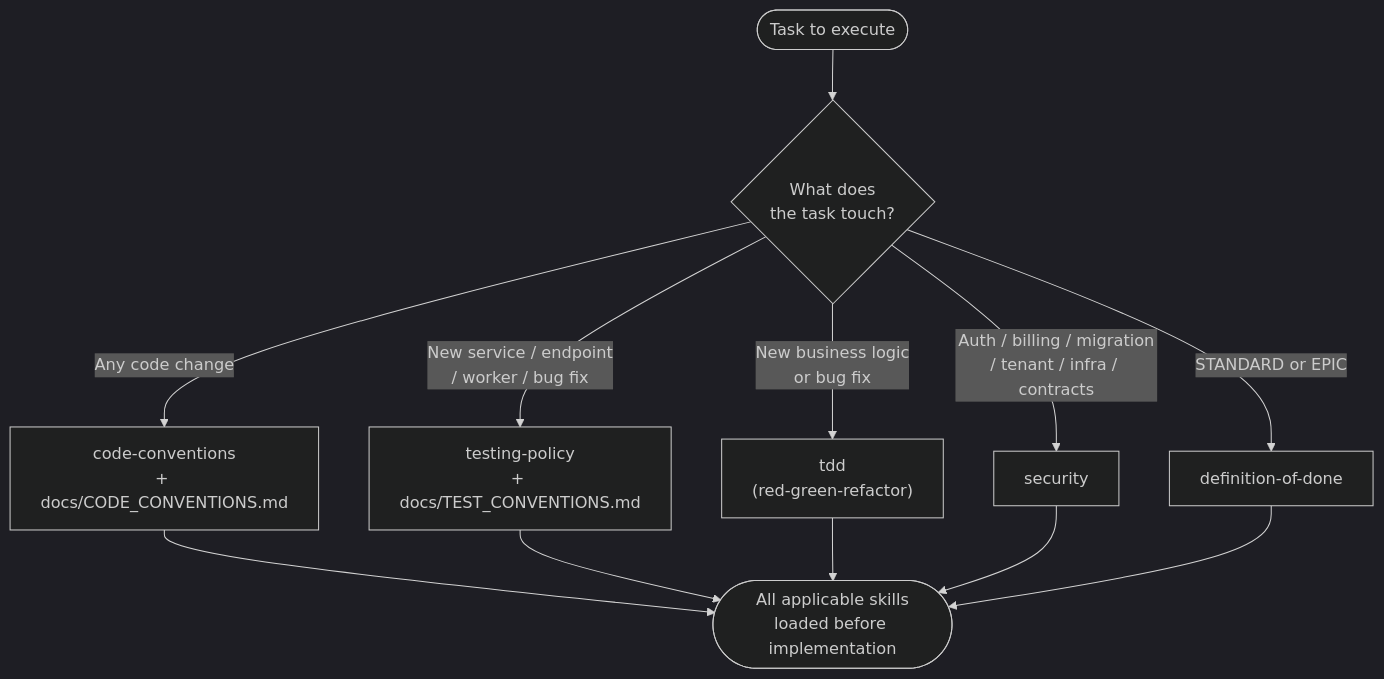
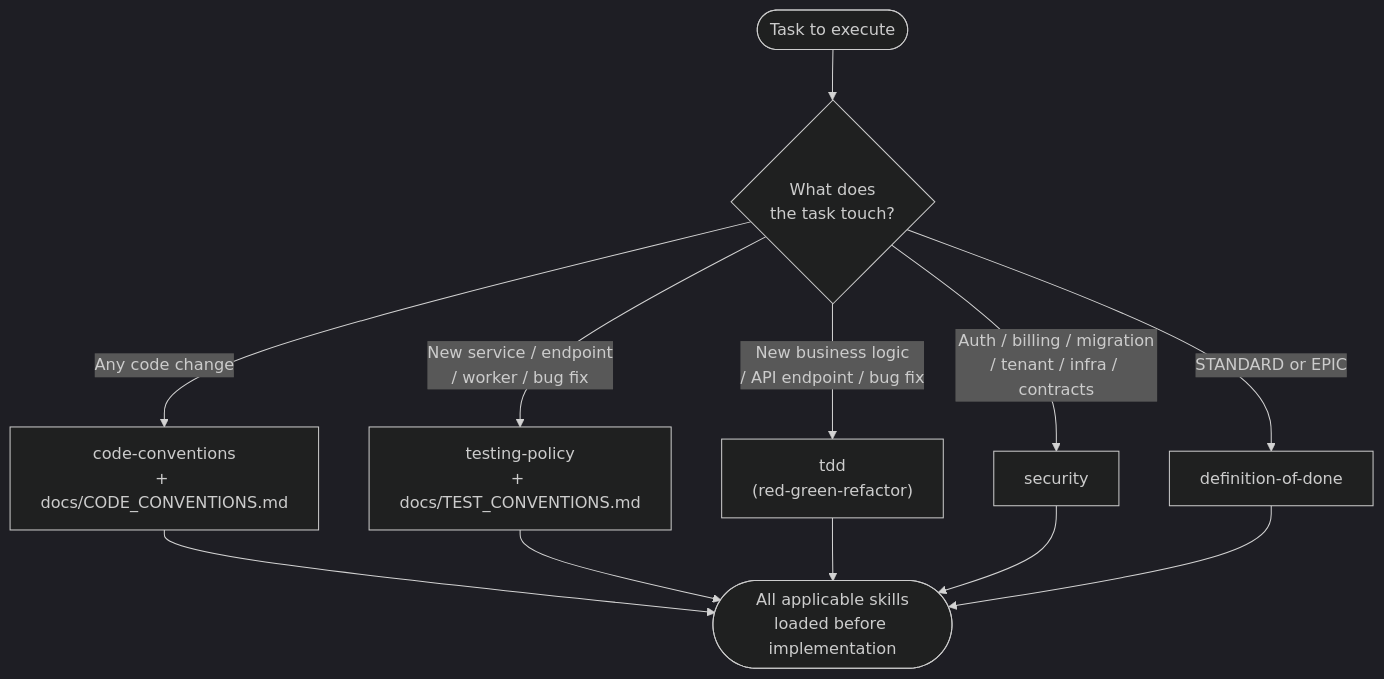
One commit to precise-alloy/ritus changed the sixth of 7 diagrams in docs/WORKFLOW_DIAGRAMS.md. Above: the diagram before and after it, drawn with Mermaid (dark theme). The commit also changed other lines of this file and 14 other files, not shown here.

````diff
--- a/docs/WORKFLOW_DIAGRAMS.md
+++ b/docs/WORKFLOW_DIAGRAMS.md
@@ -205,16 +222,16 @@
 ```mermaid
 flowchart TD
     Task([Task to execute]) --> Check{"What does\nthe task touch?"}
 
     Check -->|"Any code change"| CC["code-conventions\n+ docs/CODE_CONVENTIONS.md"]
     Check -->|"New service / endpoint\n/ worker / bug fix"| TP["testing-policy\n+ docs/TEST_CONVENTIONS.md"]
-    Check -->|"New business logic\nor bug fix"| TDD["tdd\n(red-green-refactor)"]
+    Check -->|"New business logic\n/ API endpoint / bug fix"| TDD["tdd\n(red-green-refactor)"]
     Check -->|"Auth / billing / migration\n/ tenant / infra / contracts"| SEC["security"]
     Check -->|"STANDARD or EPIC"| DOD["definition-of-done"]
 
     CC --> Loaded(["All applicable skills\nloaded before implementation"])
     TP --> Loaded
     TDD --> Loaded
     SEC --> Loaded
     DOD --> Loaded
 ```
````
